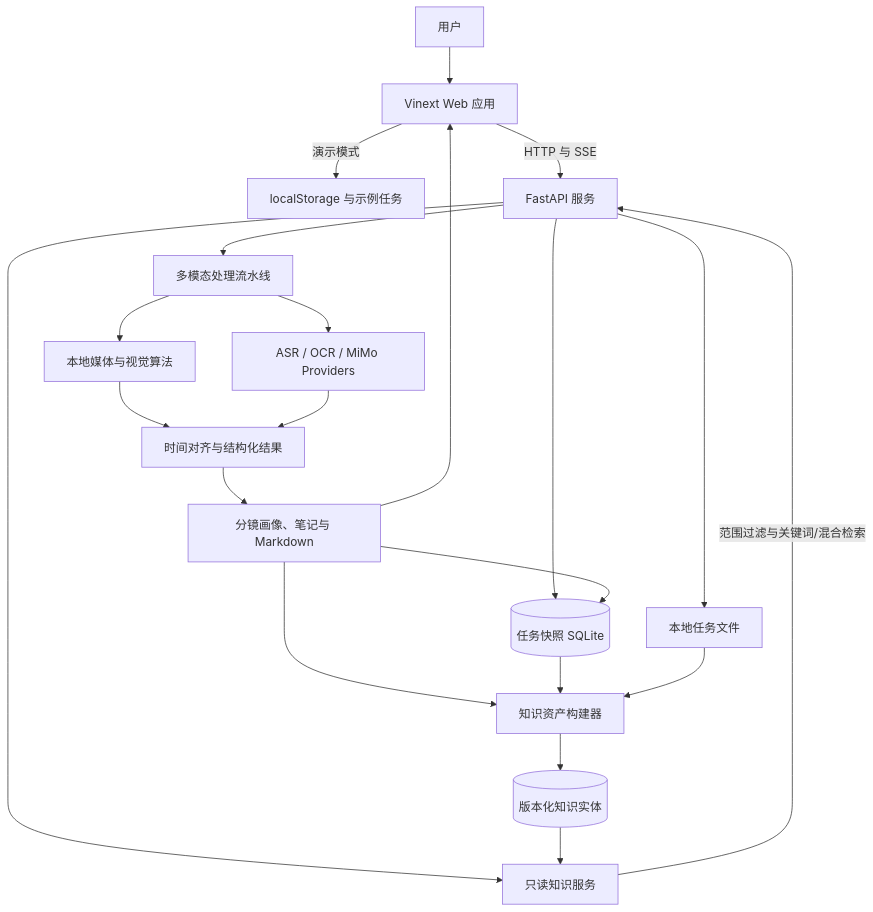
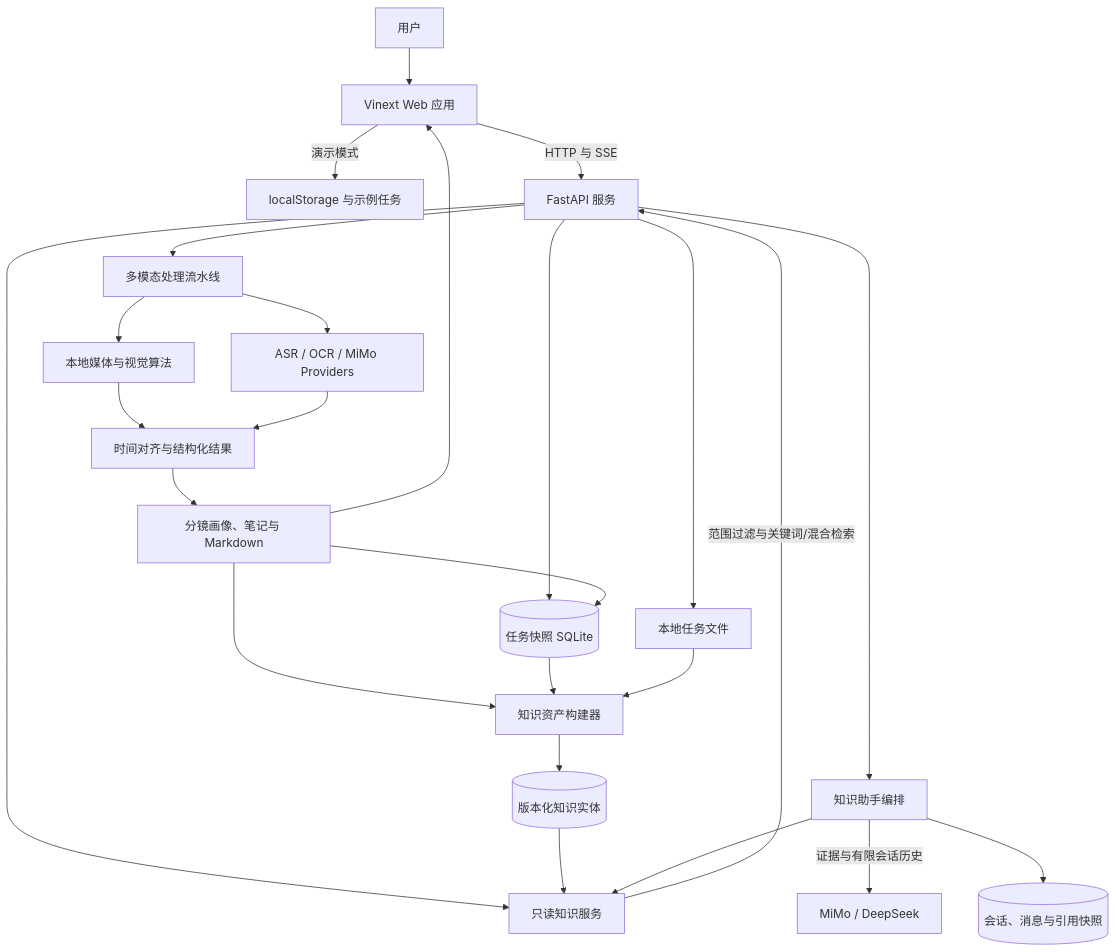
The first of 6 diagrams in README.md (guyue356/SnapNote), drawn with Mermaid before and after one commit. The commit also changed other lines of this file and 35 other files, not shown here.

````diff
--- a/README.md
+++ b/README.md
@@ -286,26 +327,30 @@
 ```mermaid
 flowchart TD
     User["用户"] --> Web["Vinext Web 应用"]
     Web -->|"演示模式"| Local["localStorage 与示例任务"]
     Web -->|"HTTP 与 SSE"| API["FastAPI 服务"]
 
     API --> TaskDB[("任务快照 SQLite")]
     API --> Files["本地任务文件"]
     API --> Pipeline["多模态处理流水线"]
     API --> Query["只读知识服务"]
+    API --> Assistant["知识助手编排"]
 
     Pipeline --> Media["本地媒体与视觉算法"]
     Pipeline --> Providers["ASR / OCR / MiMo Providers"]
     Media --> Assemble["时间对齐与结构化结果"]
     Providers --> Assemble
     Assemble --> Notes["分镜画像、笔记与 Markdown"]
     Notes --> TaskDB
     Notes --> Web
     Notes --> Builder["知识资产构建器"]
 
     TaskDB --> Builder
     Files --> Builder
     Builder --> KnowledgeDB[("版本化知识实体")]
     KnowledgeDB --> Query
     Query -->|"范围过滤与关键词/混合检索"| API
+    Assistant --> Query
+    Assistant -->|"证据与有限会话历史"| TextLLM["MiMo / DeepSeek"]
+    Assistant --> ConversationDB[("会话、消息与引用快照")]
 ```
````
